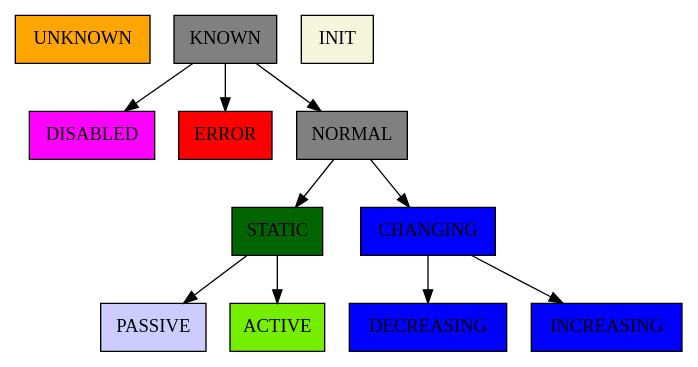
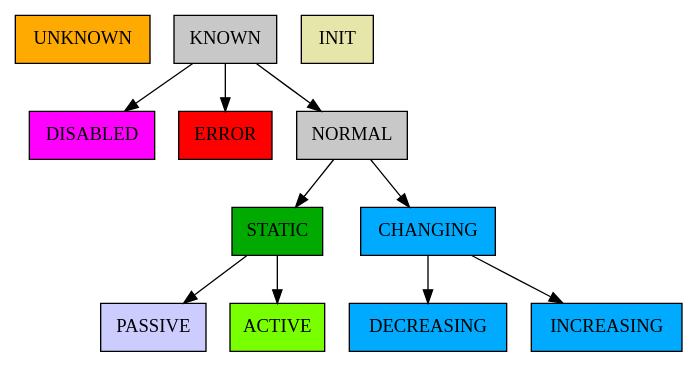
Before and after one commit to European-XFEL/Karabo: the first of 18 diagrams in doc/concepts/states.rst, drawn with Graphviz. The commit also changed other lines of this file, not shown here.

```diff
--- a/doc/concepts/states.rst
+++ b/doc/concepts/states.rst
@@ -21,23 +21,23 @@
 .. digraph:: state_transitions
 
-    "UNKNOWN"[shape = box style=filled, fillcolor=orange]
-    "DISABLED"[shape = box style=filled, fillcolor=magenta]
+    "UNKNOWN"[shape = box style=filled, fillcolor="#FFAA00"]
+    "DISABLED"[shape = box style=filled, fillcolor="#FF00FF"]
     "ERROR"[shape = box style=filled, fillcolor=red]
-    "INIT"[shape = box style=filled, fillcolor=beige]
-    "KNOWN"[shape = box style=filled, fillcolor=grey]
-    "STATIC"[shape = box style=filled, fillcolor=darkgreen]
-    "NORMAL"[shape = box style=filled, fillcolor=grey]
+    "INIT"[shape = box style=filled, fillcolor="#E6E6AA"]
+    "KNOWN"[shape = box style=filled, fillcolor="#C8C8C8"]
+    "STATIC"[shape = box style=filled, fillcolor="#00AA00"]
+    "NORMAL"[shape = box style=filled, fillcolor="#C8C8C8"]
     "KNOWN" -> "NORMAL"
     "KNOWN" -> "ERROR"
     "KNOWN" -> "DISABLED"
     "NORMAL" -> "STATIC"
     "PASSIVE"[shape = box style=filled, fillcolor="#CCCCFF"]
     "STATIC" -> "PASSIVE"
-    "ACTIVE"[shape = box style=filled, fillcolor=chartreuse2]
+    "ACTIVE"[shape = box style=filled, fillcolor="#78FF00"]
     "STATIC" -> "ACTIVE"
-    "CHANGING"[shape = box style=filled, fillcolor=blue]
+    "CHANGING"[shape = box style=filled, fillcolor="#00AAFF"]
     "NORMAL" -> "CHANGING"
-    "DECREASING"[shape = box style=filled, fillcolor=blue]
+    "DECREASING"[shape = box style=filled, fillcolor="#00AAFF"]
     "CHANGING" -> "DECREASING"
-    "INCREASING"[shape = box style=filled, fillcolor=blue]
+    "INCREASING"[shape = box style=filled, fillcolor="#00AAFF"]
     "CHANGING" -> "INCREASING"
```
